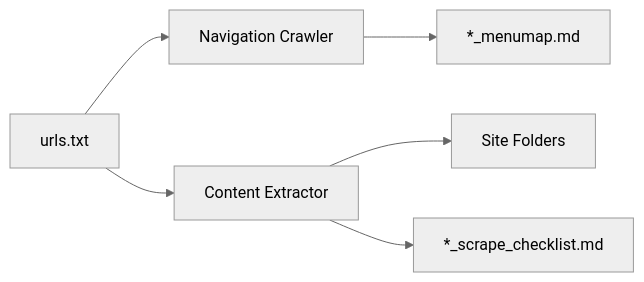
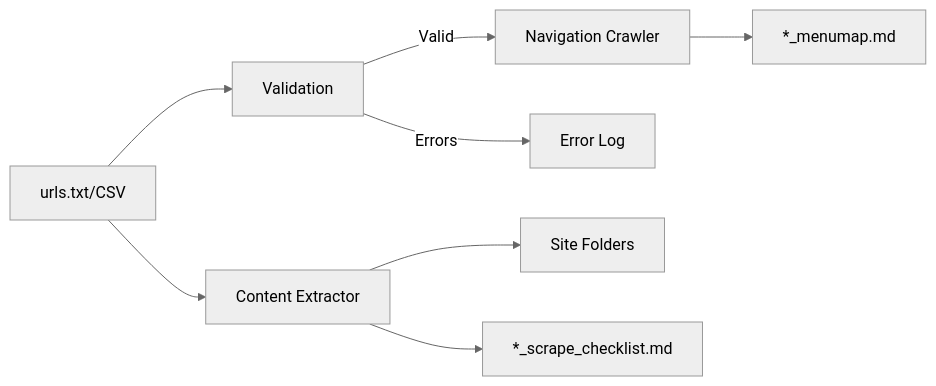
The diagram in dev_docs/codebase_summary.md (rahulpdev/ScrapeDevDocs), drawn with Mermaid (neutral theme) before and after one commit. The commit also changed other lines of this file and 2 other files, not shown here.

Commit message:
Refine CSV file processing

````diff
--- a/dev_docs/codebase_summary.md
+++ b/dev_docs/codebase_summary.md
@@ -30,8 +34,10 @@
 ```mermaid
 flowchart LR
-    A[urls.txt] --> B[Navigation Crawler]
-    B --> C[*_menumap.md]
-    A --> D[Content Extractor]
-    D --> E[Site Folders]
-    D --> F[*_scrape_checklist.md]
+    A[urls.txt/CSV] --> B[Validation]
+    B -->|Valid| C[Navigation Crawler]
+    B -->|Errors| D[Error Log]
+    C --> E[*_menumap.md]
+    A --> F[Content Extractor]
+    F --> G[Site Folders]
+    F --> H[*_scrape_checklist.md]
 ```
````
